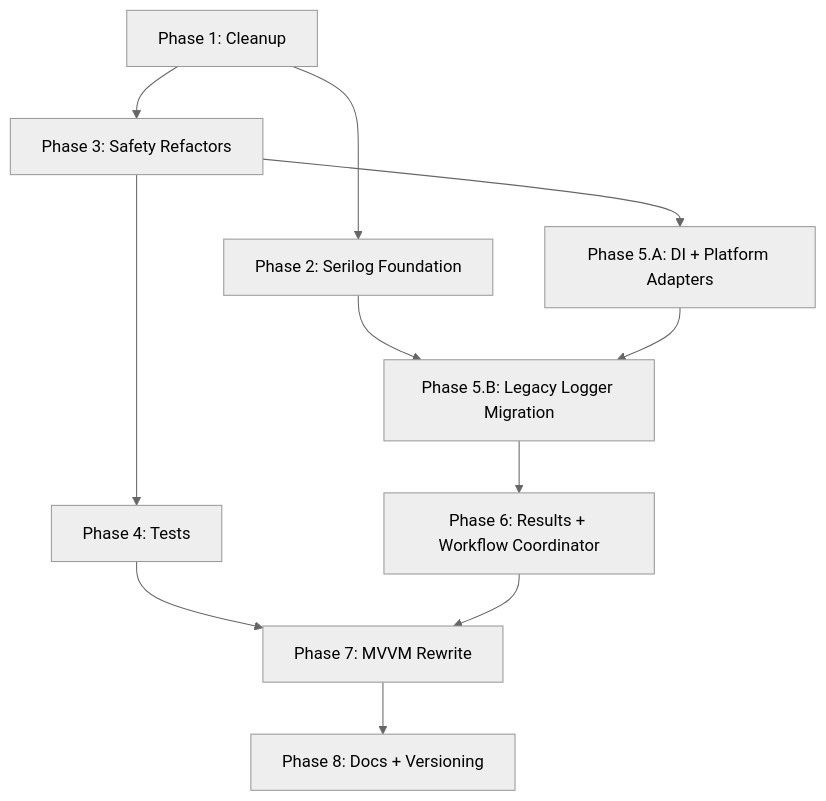
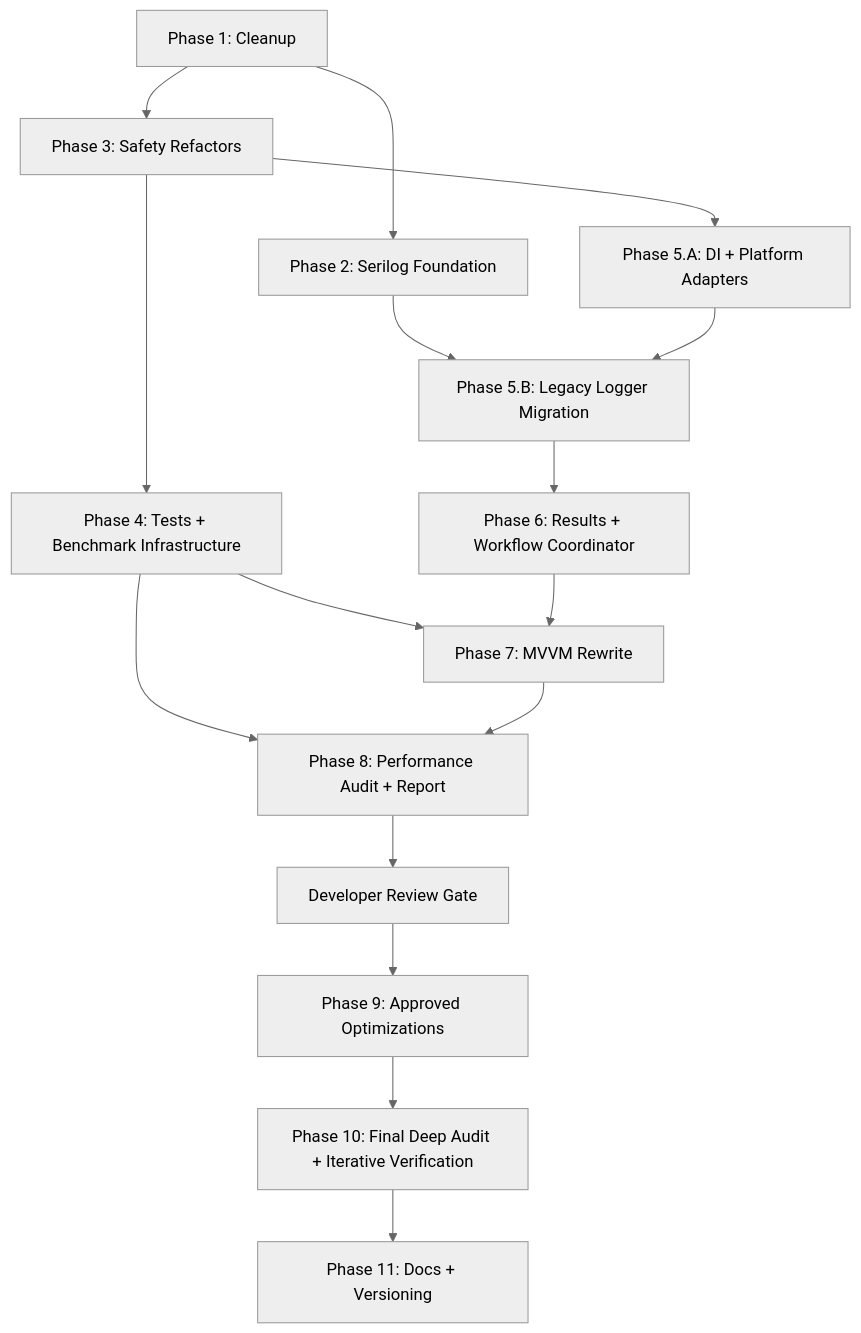
The diagram in docs/refactor/refactor_master_plan.md (ThelianTech-Studios/CalradiaForge), drawn with Mermaid (neutral theme) before and after one commit. The commit also changed other lines of this file and 13 other files, not shown here.

````diff
--- a/docs/refactor/refactor_master_plan.md
+++ b/docs/refactor/refactor_master_plan.md
@@ -145,23 +163,32 @@
 ```mermaid
 flowchart TD
     P1["Phase 1: Cleanup"]
     P2["Phase 2: Serilog Foundation"]
     P3["Phase 3: Safety Refactors"]
-    P4["Phase 4: Tests"]
+    P4["Phase 4: Tests + Benchmark Infrastructure"]
     P5A["Phase 5.A: DI + Platform Adapters"]
     P5B["Phase 5.B: Legacy Logger Migration"]
     P6["Phase 6: Results + Workflow Coordinator"]
     P7["Phase 7: MVVM Rewrite"]
-    P8["Phase 8: Docs + Versioning"]
+    P8["Phase 8: Performance Audit + Report"]
+    G8["Developer Review Gate"]
+    P9["Phase 9: Approved Optimizations"]
+    P10["Phase 10: Final Deep Audit + Iterative Verification"]
+    P11["Phase 11: Docs + Versioning"]
 
     P1 --> P2
     P1 --> P3
     P3 --> P4
     P3 --> P5A
     P2 --> P5B
     P5A --> P5B
     P5B --> P6
     P4 --> P7
     P6 --> P7
+    P4 --> P8
     P7 --> P8
+    P8 --> G8
+    G8 --> P9
+    P9 --> P10
+    P10 --> P11
 ```
````
